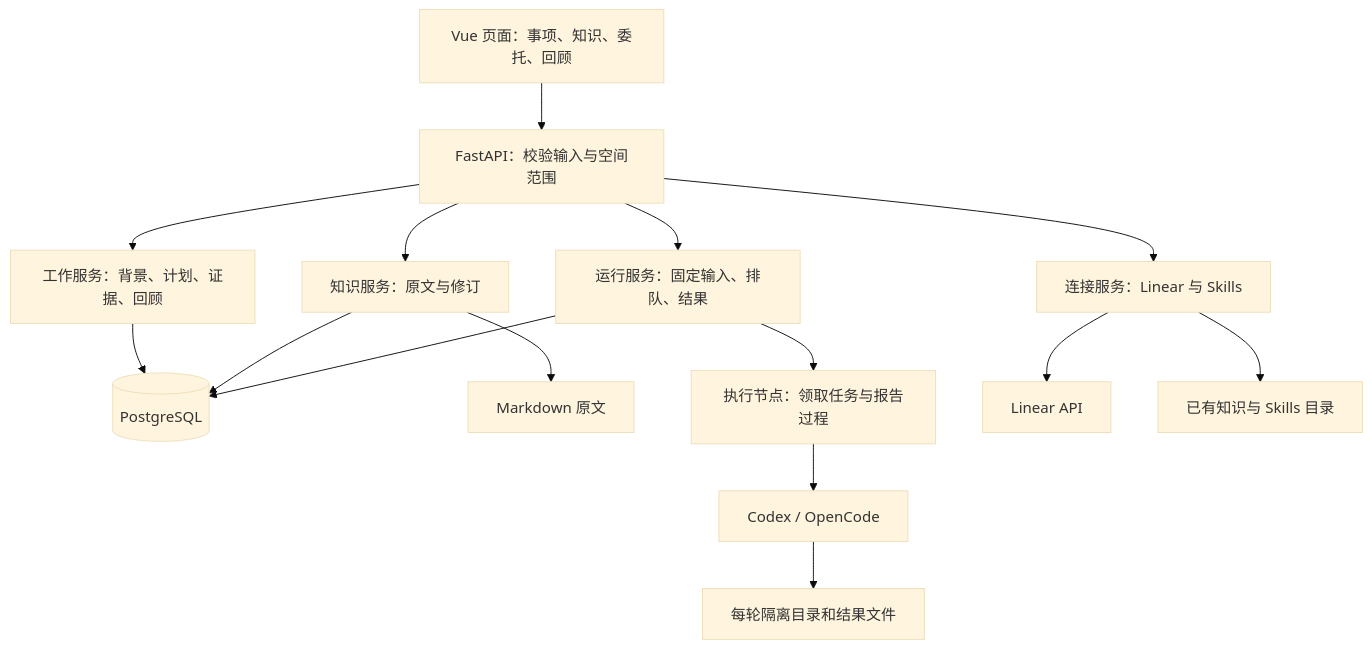
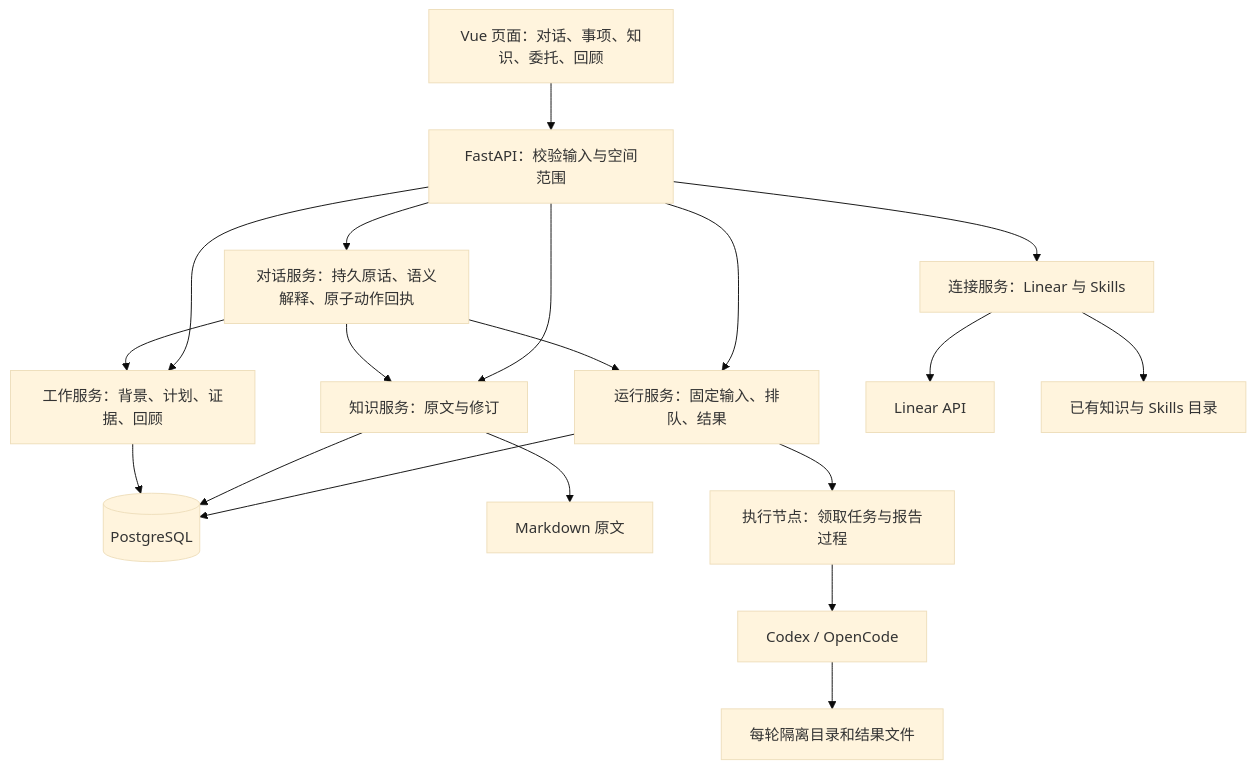
Before and after one commit to pokemonAndCodeMaster/Life-Weave: the first of 2 diagrams in docs/architecture.md, drawn with Mermaid (base theme). The commit also changed other lines of this file and 213 other files, not shown here.

````diff
--- a/docs/architecture.md
+++ b/docs/architecture.md
@@ -7,17 +7,21 @@
 ```mermaid
 flowchart TD
-    UI[Vue 页面：事项、知识、委托、回顾] --> API[FastAPI：校验输入与空间范围]
+    UI[Vue 页面：对话、事项、知识、委托、回顾] --> API[FastAPI：校验输入与空间范围]
+    API --> Conversation[对话服务：持久原话、语义解释、原子动作回执]
+    Conversation --> Work
+    Conversation --> Runtime
+    Conversation --> Library
     API --> Work[工作服务：背景、计划、证据、回顾]
     API --> Library[知识服务：原文与修订]
     API --> Runtime[运行服务：固定输入、排队、结果]
     API --> Links[连接服务：Linear 与 Skills]
     Work --> DB[(PostgreSQL)]
     Library --> DB
     Library --> Files[Markdown 原文]
     Runtime --> DB
     Runtime --> Worker[执行节点：领取任务与报告过程]
     Worker --> CLI[Codex / OpenCode]
     CLI --> Isolated[每轮隔离目录和结果文件]
     Links --> Linear[Linear API]
     Links --> Sources[已有知识与 Skills 目录]
 ```
````
